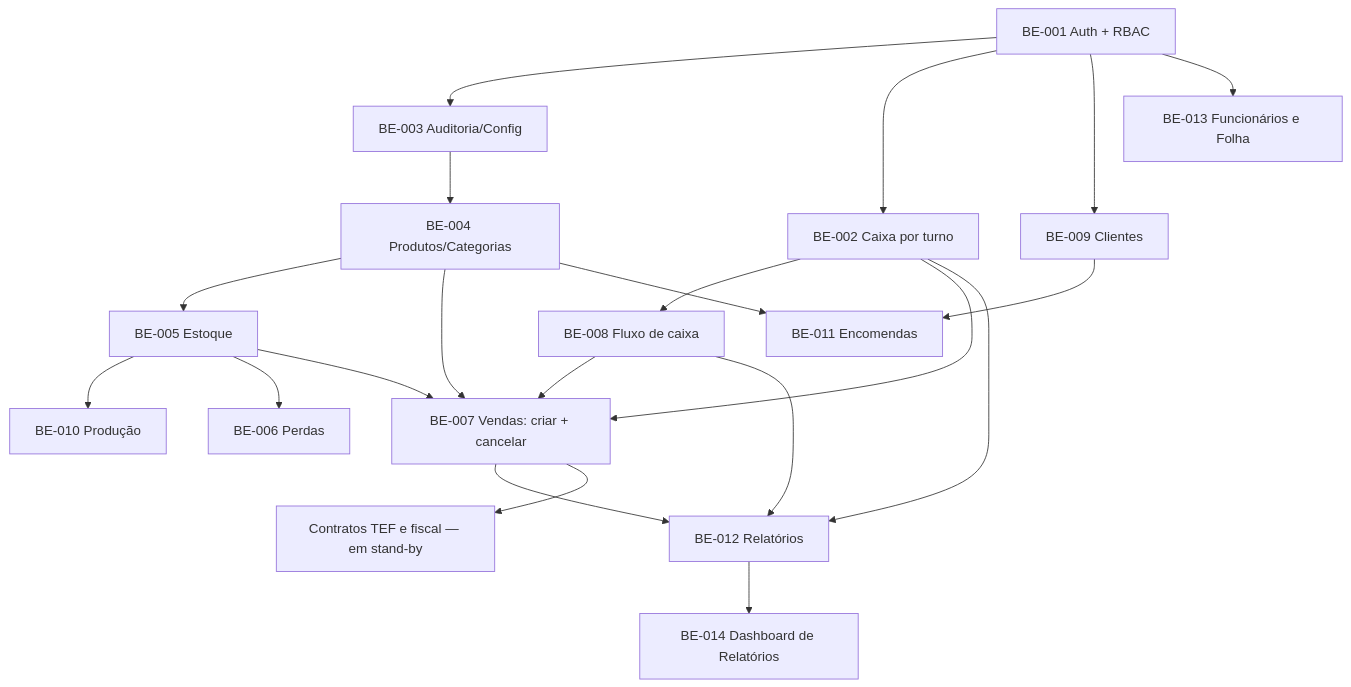
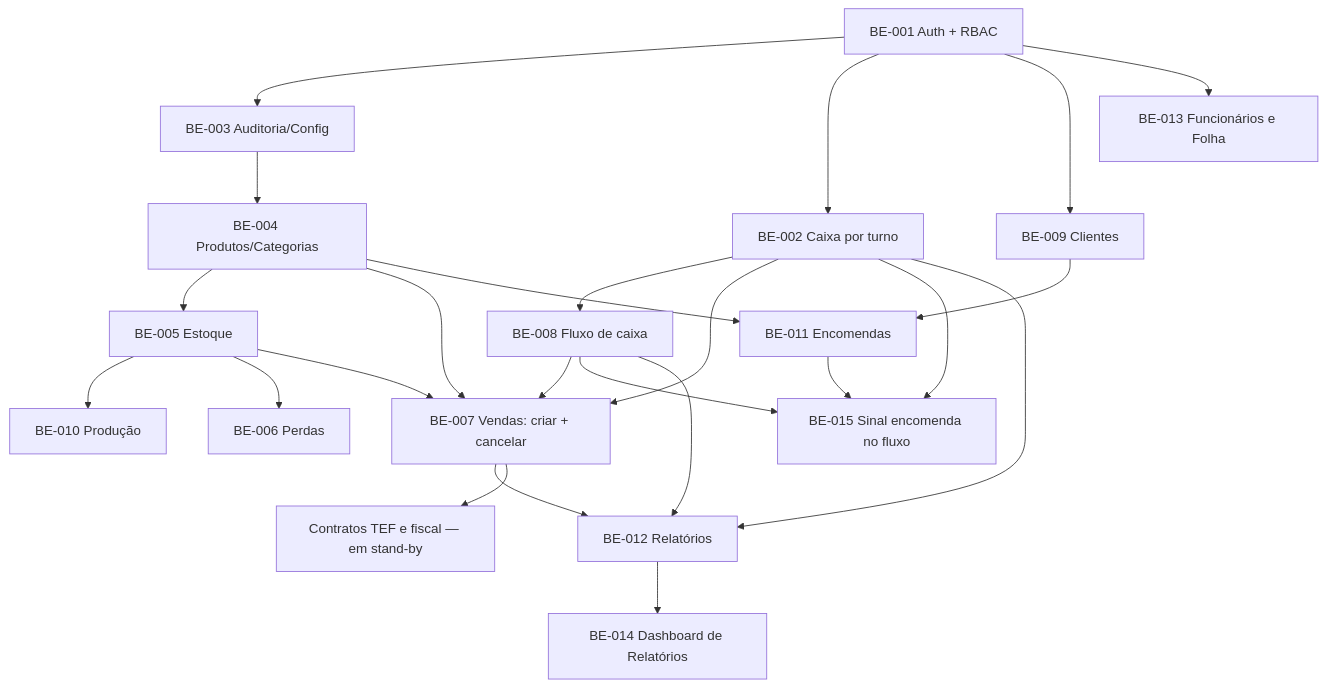
One commit to munizadby-sudo/S-M-Panificadora-V2 changed the diagram in docs/specs/README.md. Above: the diagram before and after it, drawn with Mermaid. The commit also changed other lines of this file and 39 other files, not shown here.

Commit message:
Inclui sinal da encomenda no fluxo, comprovante térmico de fechamento e ajustes de categorias e banner do caixa.

````diff
--- a/docs/specs/README.md
+++ b/docs/specs/README.md
@@ -90,23 +94,26 @@
 ```mermaid
 flowchart TD
   S001[BE-001 Auth + RBAC] --> S003[BE-003 Auditoria/Config]
   S003 --> S004[BE-004 Produtos/Categorias]
   S004 --> S005[BE-005 Estoque]
   S005 --> S010[BE-010 Produção]
   S005 --> S006[BE-006 Perdas]
   S001 --> S002[BE-002 Caixa por turno]
   S002 --> S008[BE-008 Fluxo de caixa]
   S005 --> S007[BE-007 Vendas: criar + cancelar]
   S002 --> S007
   S008 --> S007
   S004 --> S007
   S001 --> S009[BE-009 Clientes]
   S004 --> S011[BE-011 Encomendas]
   S009 --> S011
+  S011 --> S015[BE-015 Sinal encomenda no fluxo]
+  S008 --> S015
+  S002 --> S015
   S007 --> S012[BE-012 Relatórios]
   S002 --> S012
   S008 --> S012
   S001 --> S013[BE-013 Funcionários e Folha]
   S012 --> S014[BE-014 Dashboard de Relatórios]
   S007 --> TEF[Contratos TEF e fiscal — em stand-by]
 ```
````
